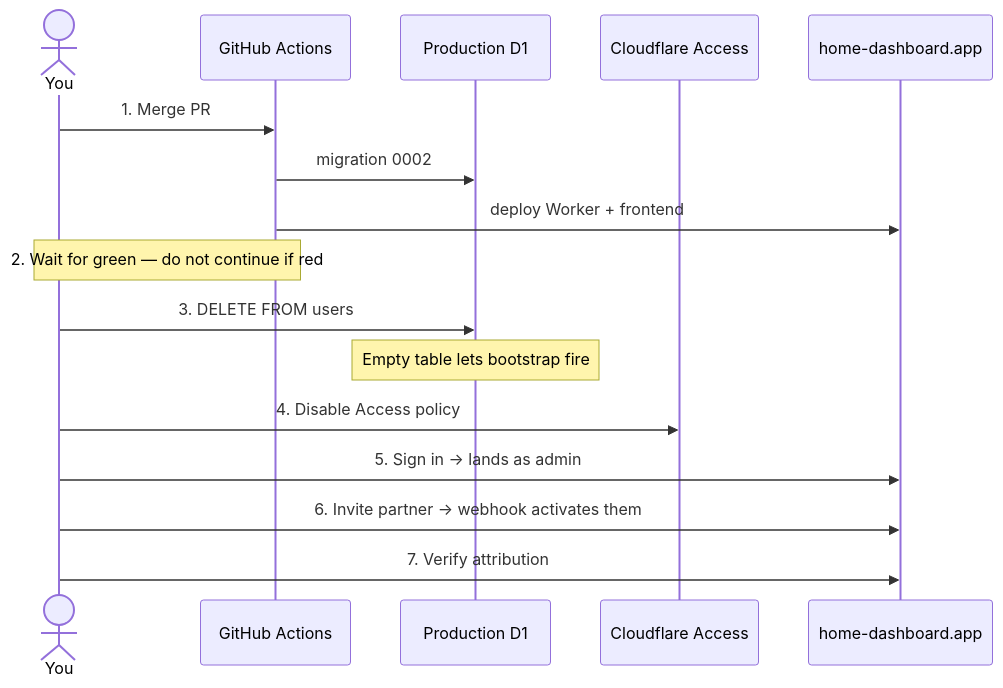
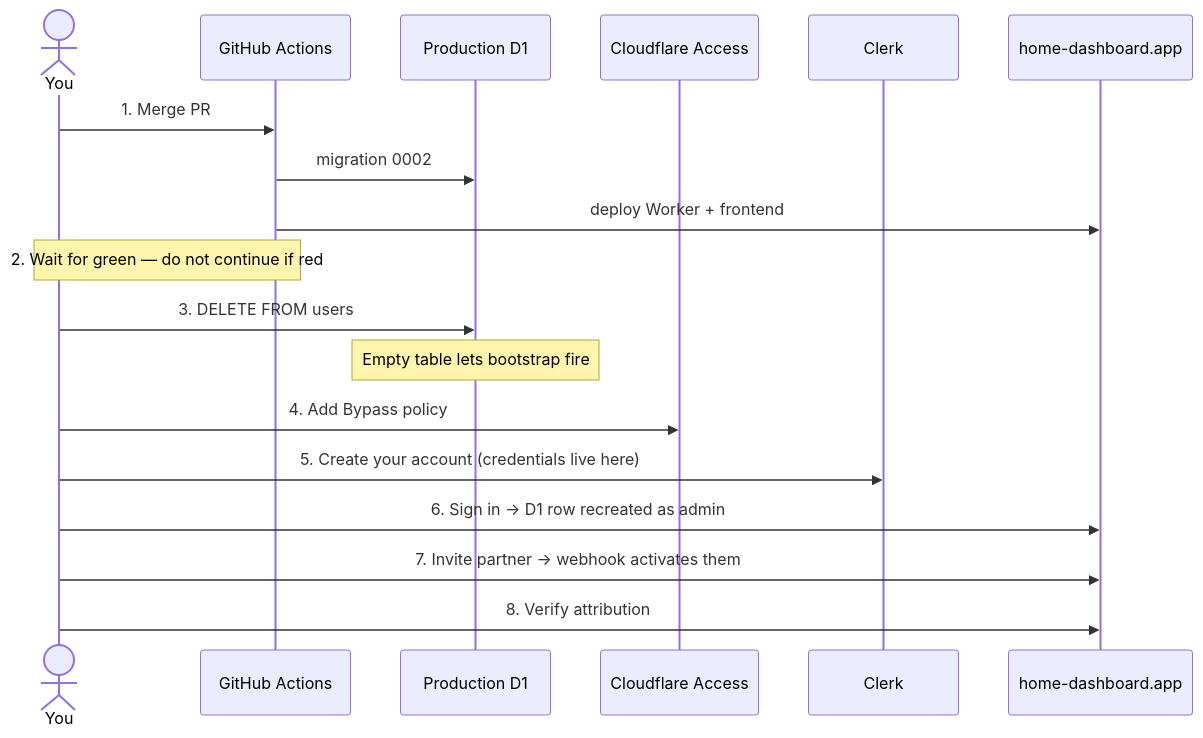
One commit to gustaw-beznicki/Home-dashboard changed the diagram in docs/runbooks/clerk-cutover.md. Above: the diagram before and after it, drawn with Mermaid. The commit also changed other lines of this file, not shown here.

First line of the commit message:
Fix the Access step in the cutover runbook, add the missing Clerk account step

````diff
--- a/docs/runbooks/clerk-cutover.md
+++ b/docs/runbooks/clerk-cutover.md
@@ -14,19 +19,21 @@
 ```mermaid
 sequenceDiagram
     actor U as You
     participant GH as GitHub Actions
     participant D1 as Production D1
     participant CF as Cloudflare Access
+    participant Clerk as Clerk
     participant App as home-dashboard.app
 
     U->>GH: 1. Merge PR #8
     GH->>D1: migration 0002
     GH->>App: deploy Worker + frontend
     Note over U,GH: 2. Wait for green — do not continue if red
     U->>D1: 3. DELETE FROM users
     Note over D1: Empty table lets bootstrap fire
-    U->>CF: 4. Disable Access policy
-    U->>App: 5. Sign in → lands as admin
-    U->>App: 6. Invite partner → webhook activates them
-    U->>App: 7. Verify attribution
+    U->>CF: 4. Add Bypass policy
+    U->>Clerk: 5. Create your account (credentials live here)
+    U->>App: 6. Sign in → D1 row recreated as admin
+    U->>App: 7. Invite partner → webhook activates them
+    U->>App: 8. Verify attribution
 ```
````
